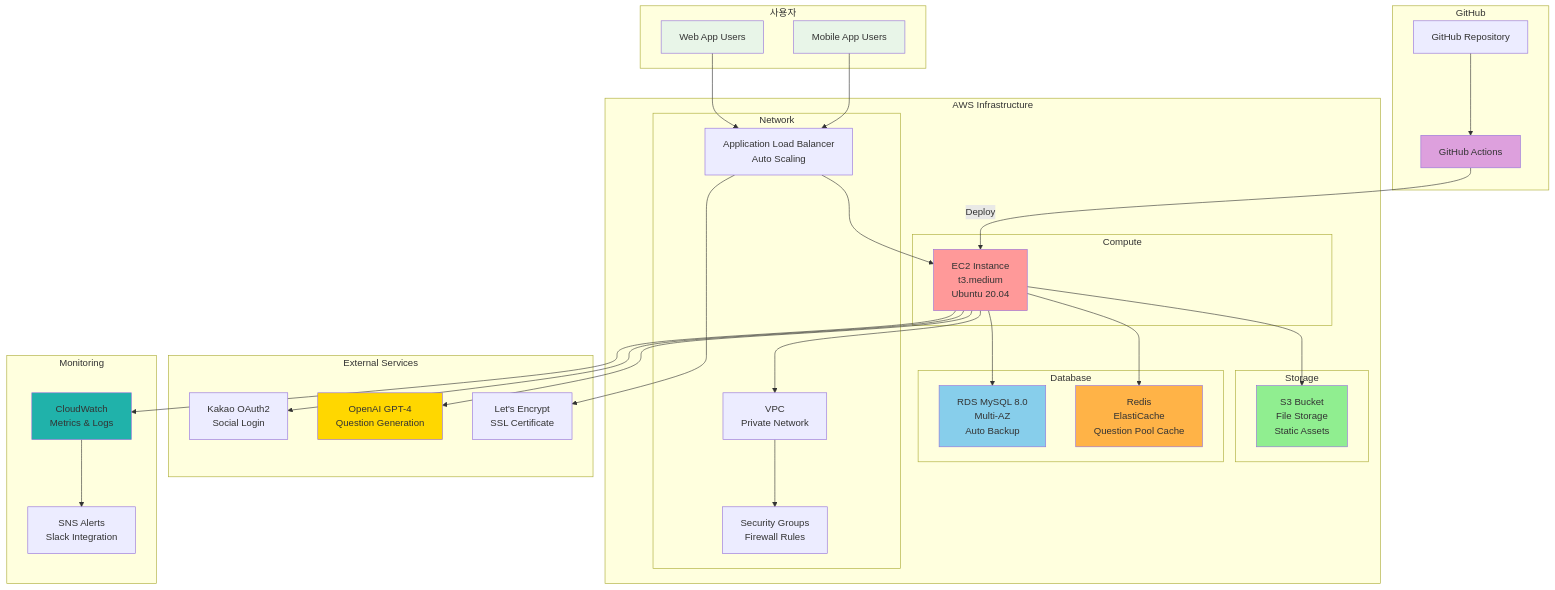
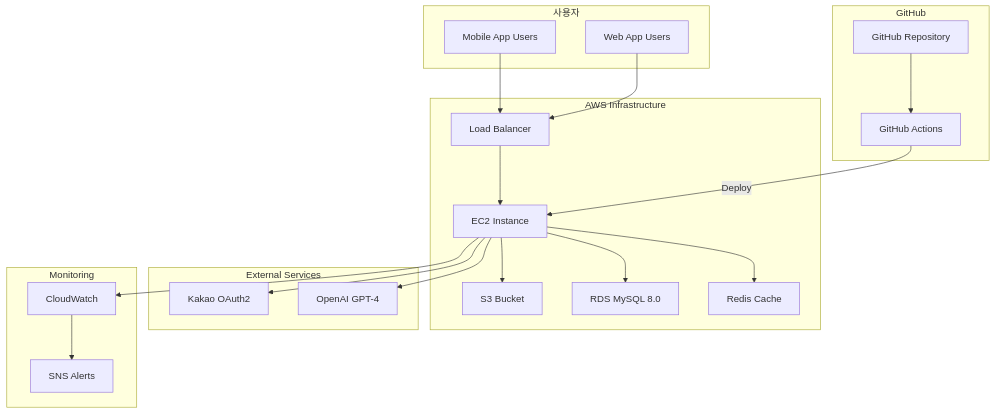
The third of 5 diagrams in README.md (CHALLKATHON-Official/2025_CHALLKATHON_CAFFEINEADDICT_BE), drawn with Mermaid before and after one commit. The commit also changed other lines of this file, not shown here.

Commit message:
:memo: docs(README): update diagram syntax and remove styling for clarity

````diff
--- a/README.md
+++ b/README.md
@@ -567,82 +563,46 @@
 ```mermaid
-graph TB
-    subgraph "사용자"
+flowchart TB
+    subgraph Users [사용자]
         U1[Mobile App Users]
         U2[Web App Users]
     end
     
-    subgraph "GitHub"
+    subgraph GitHub [GitHub]
         GH[GitHub Repository]
         GA[GitHub Actions]
     end
     
-    subgraph "AWS Infrastructure"
-        subgraph "Compute"
-            EC2[EC2 Instance<br/>t3.medium<br/>Ubuntu 20.04]
-        end
-        
-        subgraph "Storage"
-            S3[S3 Bucket<br/>File Storage<br/>Static Assets]
-        end
-        
-        subgraph "Database"
-            RDS[RDS MySQL 8.0<br/>Multi-AZ<br/>Auto Backup]
-            REDIS[Redis<br/>ElastiCache<br/>Question Pool Cache]
-        end
-        
-        subgraph "Network"
-            VPC[VPC<br/>Private Network]
-            SG[Security Groups<br/>Firewall Rules]
-            ELB[Application Load Balancer<br/>Auto Scaling]
-        end
+    subgraph AWS [AWS Infrastructure]
+        EC2[EC2 Instance]
+        S3[S3 Bucket]
+        RDS[RDS MySQL 8.0]
+        REDIS[Redis Cache]
+        ELB[Load Balancer]
     end
     
-    subgraph "External Services"
-        KAKAO[Kakao OAuth2<br/>Social Login]
-        OPENAI[OpenAI GPT-4<br/>Question Generation]
-        LE[Let's Encrypt<br/>SSL Certificate]
+    subgraph External [External Services]
+        KAKAO[Kakao OAuth2]
+        OPENAI[OpenAI GPT-4]
     end
     
-    subgraph "Monitoring"
-        CW[CloudWatch<br/>Metrics & Logs]
-        SNS[SNS Alerts<br/>Slack Integration]
+    subgraph Monitor [Monitoring]
+        CW[CloudWatch]
+        SNS[SNS Alerts]
     end
     
-    %% User Flow
     U1 --> ELB
     U2 --> ELB
     ELB --> EC2
     
-    %% CI/CD Flow  
     GH --> GA
     GA -->|Deploy| EC2
     
-    %% Application Flow
     EC2 --> RDS
     EC2 --> REDIS
     EC2 --> S3
     EC2 --> KAKAO
     EC2 --> OPENAI
     
-    %% Network
-    EC2 --> VPC
-    VPC --> SG
-    
-    %% SSL/Security
-    ELB --> LE
-    
-    %% Monitoring
     EC2 --> CW
     CW --> SNS
-    
-    %% Styling
-    style U1 fill:#e8f5e8
-    style U2 fill:#e8f5e8
-    style EC2 fill:#ff9999
-    style RDS fill:#87ceeb
-    style REDIS fill:#ffb347
-    style S3 fill:#90ee90
-    style GA fill:#dda0dd
-    style OPENAI fill:#ffd700
-    style CW fill:#20b2aa
 ```
````
